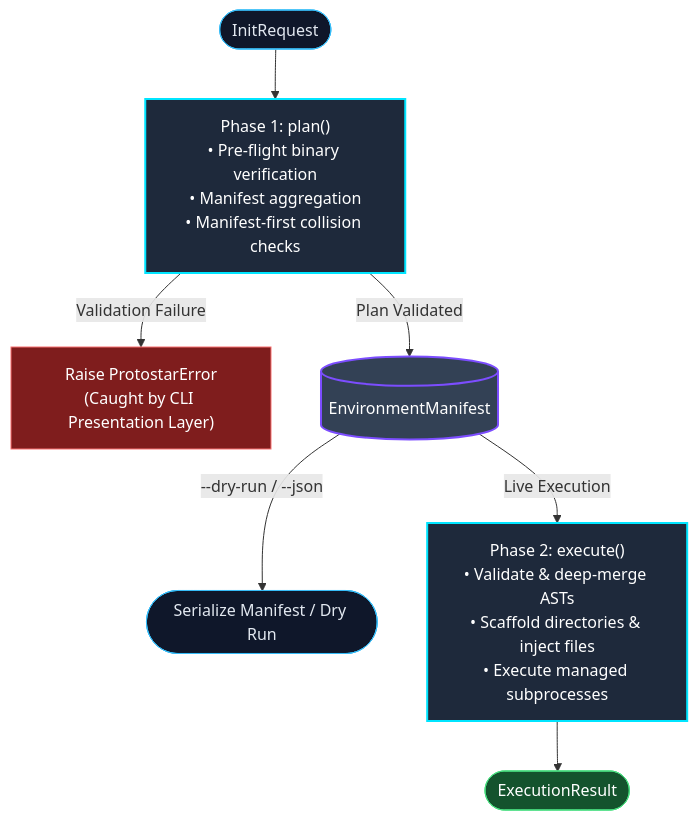
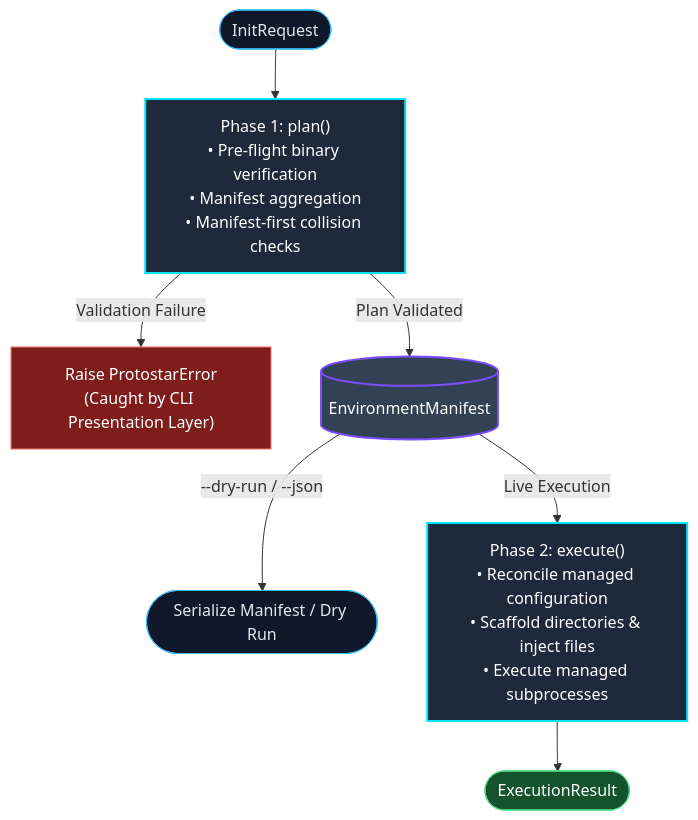
The diagram in docs/mechanics/orchestrator.md (JacksonFergusonDev/protostar), drawn with Mermaid before and after one commit. The commit also changed 10 other files, not shown here.

````diff
--- a/docs/mechanics/orchestrator.md
+++ b/docs/mechanics/orchestrator.md
@@ -17,18 +17,18 @@
 ```mermaid
 flowchart TD
     classDef boundary fill:#0f172a,stroke:#38bdf8,stroke-width:1px,color:#e2e8f0;
     classDef phase fill:#1e293b,stroke:#1e293b,stroke:#00e5ff,stroke-width:2px,color:#fff;
     classDef state fill:#334155,stroke:#7c4dff,stroke-width:2px,color:#fff;
     classDef error fill:#7f1d1d,stroke:#f87171,stroke-width:1px,color:#fff;
     classDef success fill:#14532d,stroke:#4ade80,stroke-width:1px,color:#fff;
 
     Req([InitRequest]):::boundary --> Plan["Phase 1: plan()<br/>• Pre-flight binary verification<br/>• Manifest aggregation<br/>• Manifest-first collision checks"]:::phase
 
     Plan -->|Validation Failure| Err["Raise ProtostarError<br/>(Caught by CLI Presentation Layer)"]:::error
     Plan -->|Plan Validated| Manifest[(EnvironmentManifest)]:::state
 
     Manifest -->|--dry-run / --json| DryRun([Serialize Manifest / Dry Run]):::boundary
-    Manifest -->|Live Execution| Exec["Phase 2: execute()<br/>• Validate & deep-merge ASTs<br/>• Scaffold directories & inject files<br/>• Execute managed subprocesses"]:::phase
+    Manifest -->|Live Execution| Exec["Phase 2: execute()<br/>• Reconcile managed configuration<br/>• Scaffold directories & inject files<br/>• Execute managed subprocesses"]:::phase
 
     Exec --> Result([ExecutionResult]):::success
 ```
````
